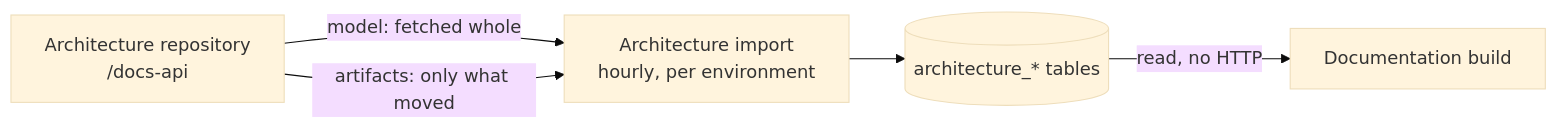
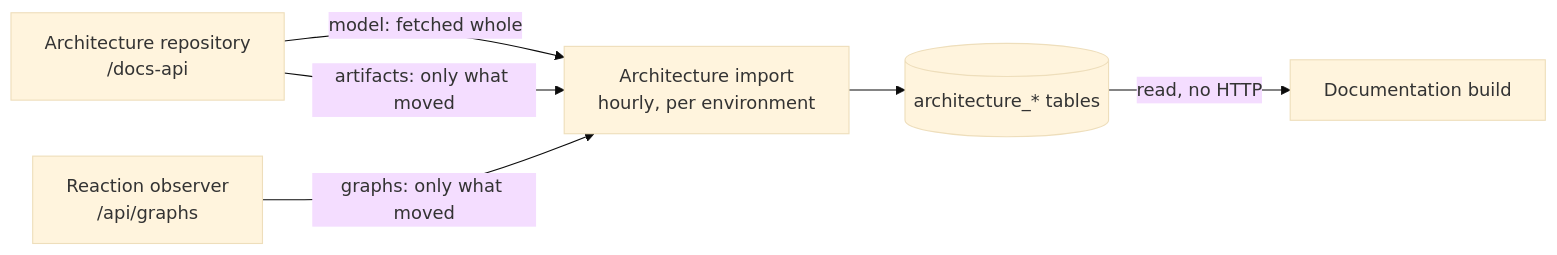
Before and after one commit to jeap-admin-ch/jeap-doc-service: the diagram in docs/architecture-import.md, drawn with Mermaid (base theme). The commit also changed other lines of this file and 104 other files, not shown here.

````diff
--- a/docs/architecture-import.md
+++ b/docs/architecture-import.md
@@ -7,12 +9,14 @@
 ```mermaid
 flowchart LR
   AR["Architecture repository<br/>/docs-api"]
   Job["Architecture import<br/>hourly, per environment"]
   DB[("architecture_* tables")]
   Build["Documentation build"]
 
+  RO["Reaction observer<br/>/api/graphs"]
   AR -->|" model: fetched whole "| Job
   AR -->|" artifacts: only what moved "| Job
+  RO -->|" graphs: only what moved "| Job
   Job --> DB
   DB -->|" read, no HTTP "| Build
 ```
````
